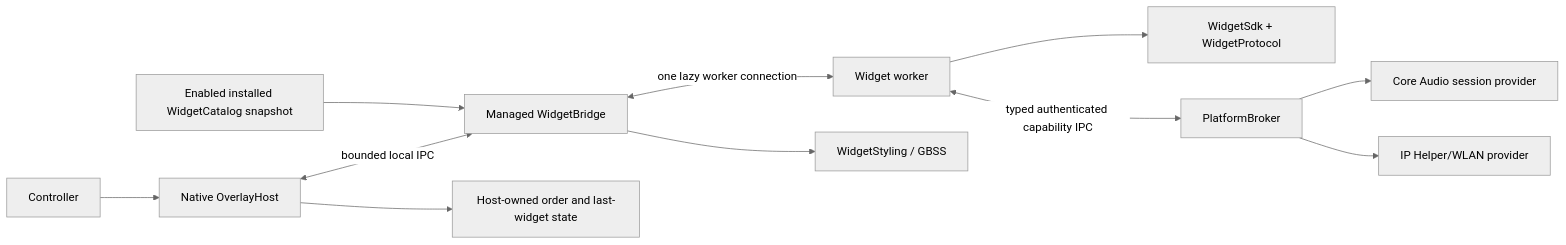
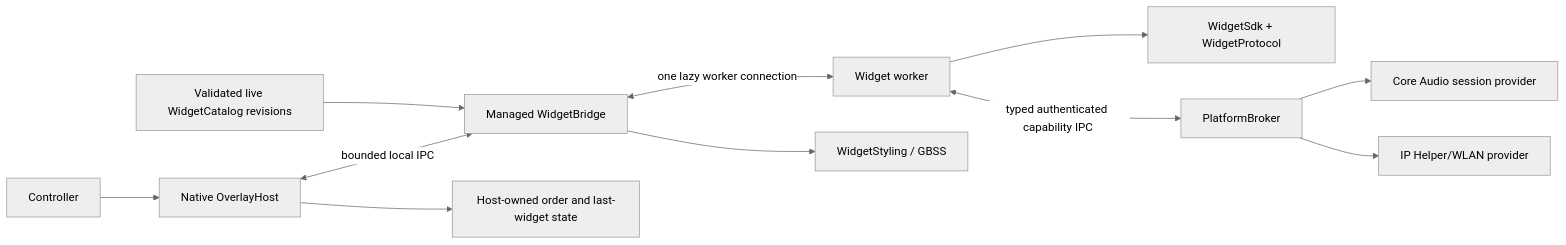
The diagram in docs/platform-architecture.md (sandwi-dev/WidgetRail), drawn with Mermaid (neutral theme) before and after one commit. The commit also changed other lines of this file and 44 other files, not shown here.

Commit message:
feat: add live catalog and responsive display milestone

````diff
--- a/docs/platform-architecture.md
+++ b/docs/platform-architecture.md
@@ -10,13 +10,13 @@
 ```mermaid
 flowchart LR
     Controller["Controller"] --> Host["Native OverlayHost"]
     Host <-->|"bounded local IPC"| Bridge["Managed WidgetBridge"]
     Bridge <-->|"one lazy worker connection"| Worker["Widget worker"]
     Worker --> SDK["WidgetSdk + WidgetProtocol"]
     Bridge --> Styling["WidgetStyling / GBSS"]
     Worker <-->|"typed authenticated capability IPC"| Broker["PlatformBroker"]
     Broker --> Audio["Core Audio session provider"]
     Broker --> Network["IP Helper/WLAN provider"]
     Host --> State["Host-owned order and last-widget state"]
-    Catalog["Enabled installed WidgetCatalog snapshot"] --> Bridge
+    Catalog["Validated live WidgetCatalog revisions"] --> Bridge
 ```
````
